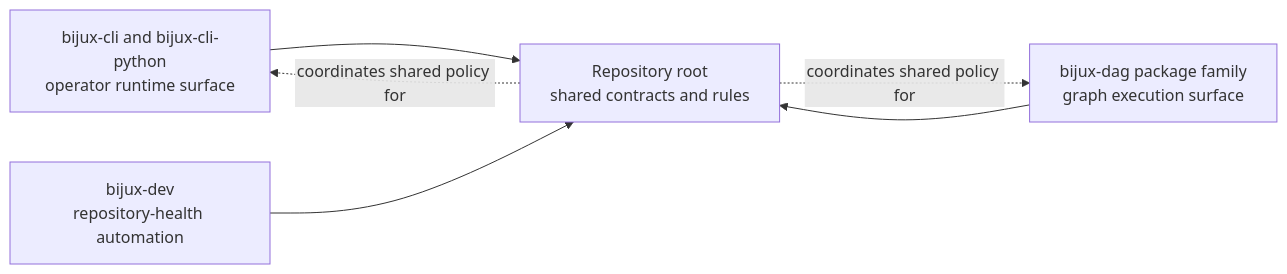
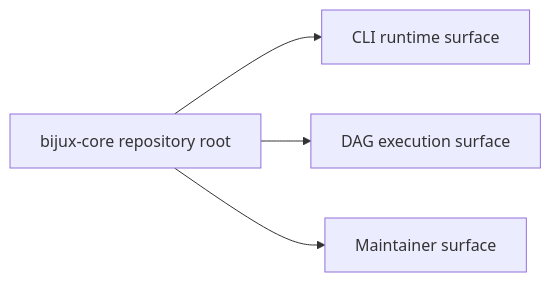
One commit to bijux/bijux-cli changed the diagram in docs/bijux-core/foundation/platform-overview.md. Above: the diagram before and after it, drawn with Mermaid. The commit also changed other lines of this file, not shown here.

Commit message:
docs(foundation): simplify the platform split overview

````diff
--- a/docs/bijux-core/foundation/platform-overview.md
+++ b/docs/bijux-core/foundation/platform-overview.md
@@ -17,13 +16,6 @@
 ```mermaid
 flowchart LR
-    cli[bijux-cli and bijux-cli-python\noperator runtime surface]
-    dag[bijux-dag package family\ngraph execution surface]
-    dev[bijux-dev\nrepository-health automation]
-    root[Repository root\nshared contracts and rules]
-
-    cli --> root
-    dag --> root
-    dev --> root
-    root -. coordinates shared policy for .-> cli
-    root -. coordinates shared policy for .-> dag
+    root["bijux-core repository root"] --> cli["CLI runtime surface"]
+    root --> dag["DAG execution surface"]
+    root --> dev["Maintainer surface"]
 ```
````
